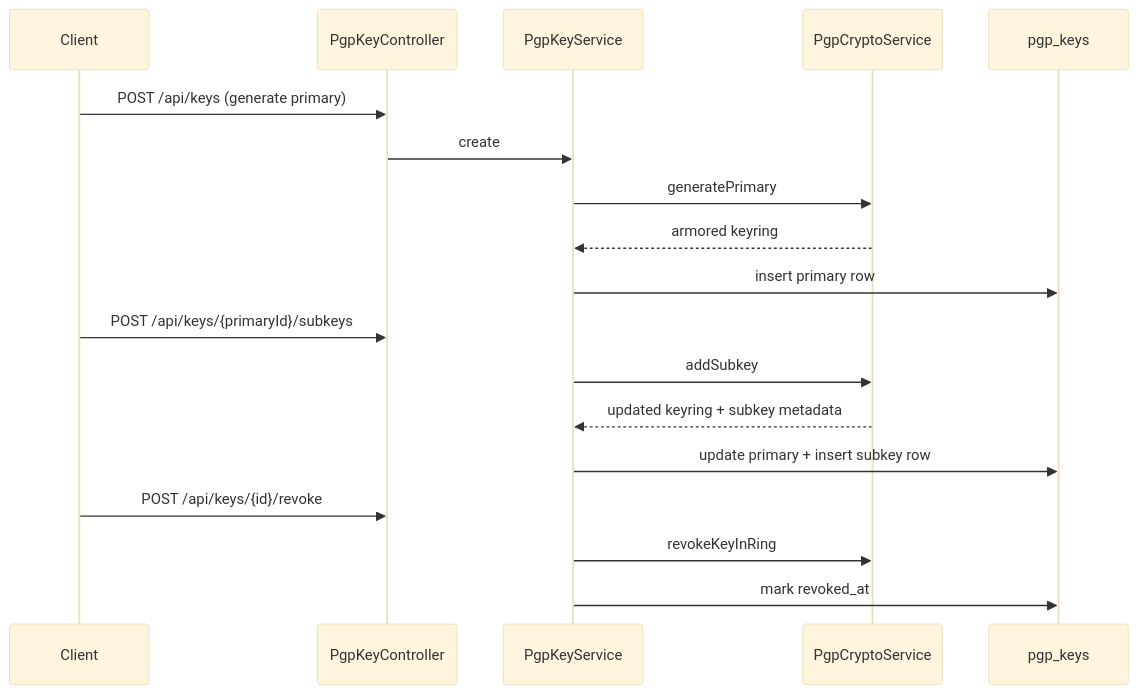
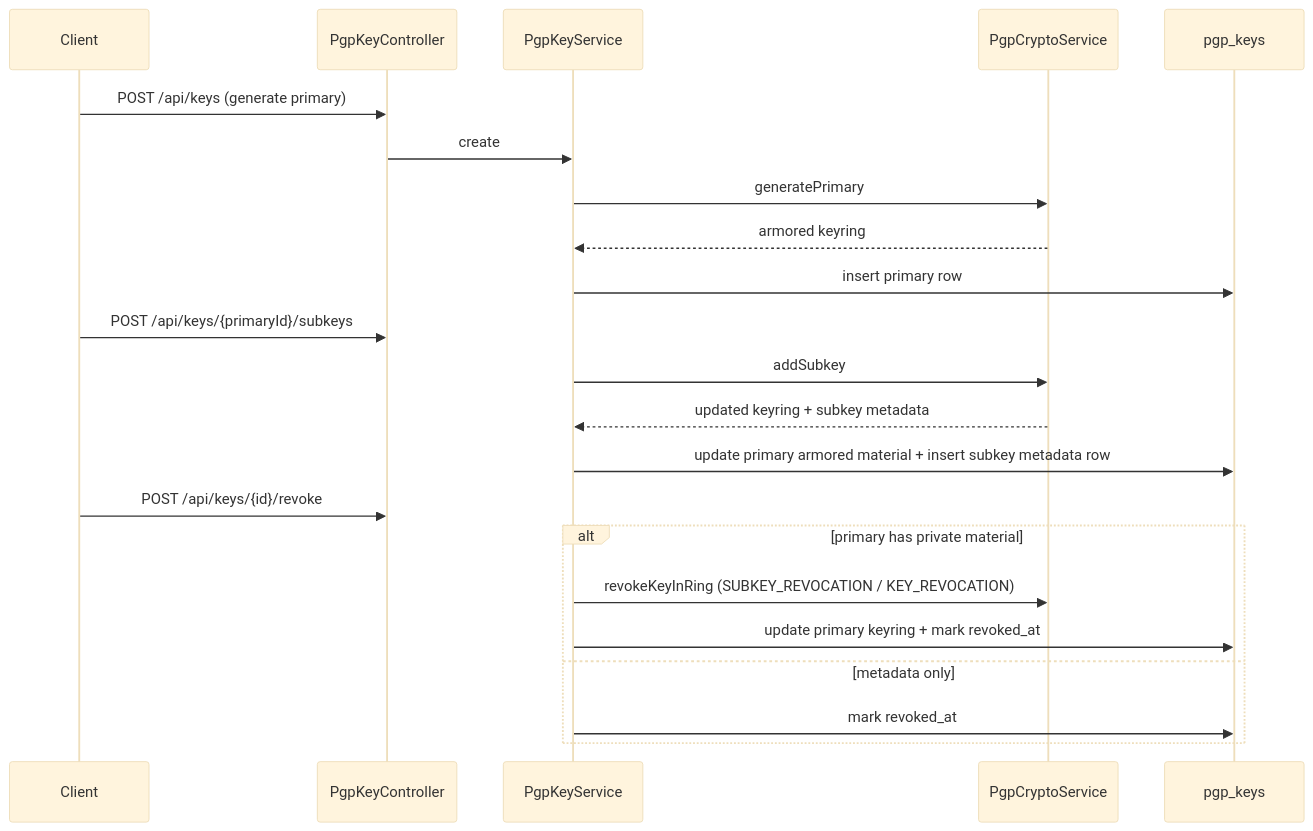
One commit to bbruneel/PGP-key-manager changed the third of 4 diagrams in ARCHITECTURE.md. Above: the diagram before and after it, drawn with Mermaid (base theme). The commit also changed other lines of this file and 17 other files, not shown here.

````diff
--- a/ARCHITECTURE.md
+++ b/ARCHITECTURE.md
@@ -85,23 +85,27 @@
 ```mermaid
 sequenceDiagram
   participant Client
   participant API as PgpKeyController
   participant Svc as PgpKeyService
   participant Crypto as PgpCryptoService
   participant DB as pgp_keys
 
   Client->>API: POST /api/keys (generate primary)
   API->>Svc: create
   Svc->>Crypto: generatePrimary
   Crypto-->>Svc: armored keyring
   Svc->>DB: insert primary row
 
   Client->>API: POST /api/keys/{primaryId}/subkeys
   Svc->>Crypto: addSubkey
   Crypto-->>Svc: updated keyring + subkey metadata
-  Svc->>DB: update primary + insert subkey row
+  Svc->>DB: update primary armored material + insert subkey metadata row
 
   Client->>API: POST /api/keys/{id}/revoke
-  Svc->>Crypto: revokeKeyInRing
-  Svc->>DB: mark revoked_at
+  alt primary has private material
+    Svc->>Crypto: revokeKeyInRing (SUBKEY_REVOCATION / KEY_REVOCATION)
+    Svc->>DB: update primary keyring + mark revoked_at
+  else metadata only
+    Svc->>DB: mark revoked_at
+  end
 ```
````
